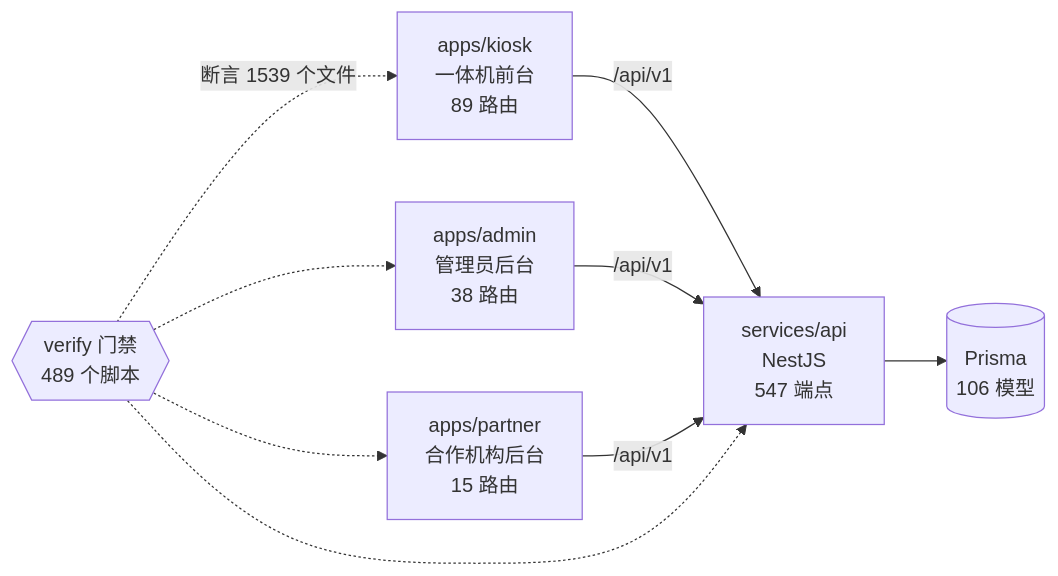
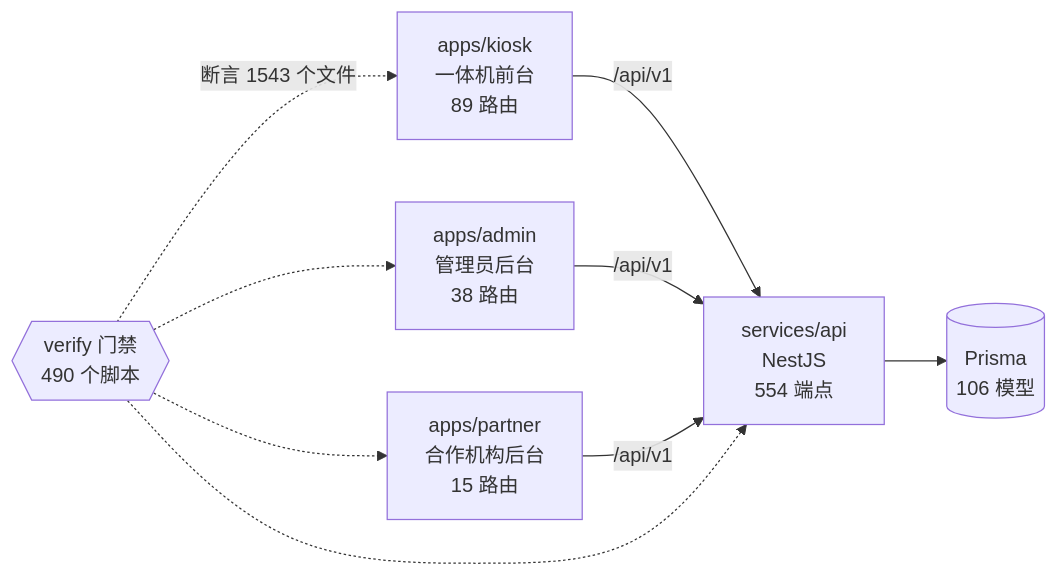
One commit to wanglei581/YITIJI changed the diagram in docs/graph/README.md. Above: the diagram before and after it, drawn with Mermaid. The commit also changed other lines of this file and 7 other files, not shown here.

````diff
--- a/docs/graph/README.md
+++ b/docs/graph/README.md
@@ -68,18 +68,18 @@
 ```mermaid
 flowchart LR
   kiosk["apps/kiosk<br/>一体机前台<br/>89 路由"]
   admin["apps/admin<br/>管理员后台<br/>38 路由"]
   partner["apps/partner<br/>合作机构后台<br/>15 路由"]
-  api["services/api<br/>NestJS<br/>547 端点"]
+  api["services/api<br/>NestJS<br/>554 端点"]
   db[("Prisma<br/>106 模型")]
-  gates{{"verify 门禁<br/>489 个脚本"}}
+  gates{{"verify 门禁<br/>490 个脚本"}}
 
   kiosk -->|"/api/v1"| api
   admin -->|"/api/v1"| api
   partner -->|"/api/v1"| api
   api --> db
-  gates -.->|"断言 1539 个文件"| kiosk
+  gates -.->|"断言 1543 个文件"| kiosk
   gates -.-> admin
   gates -.-> partner
   gates -.-> api
 ```
````
